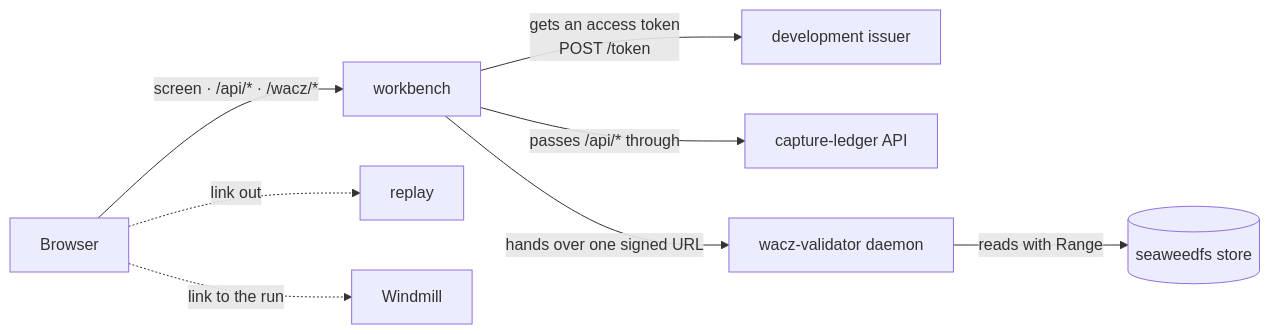
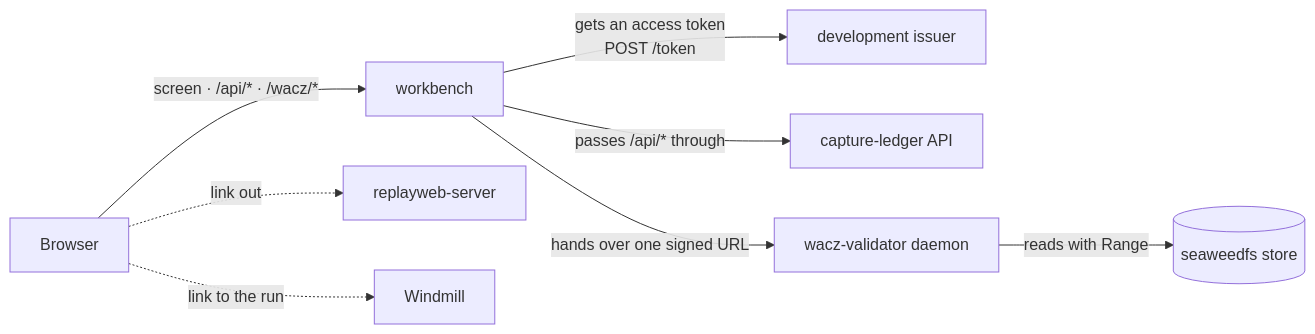
The diagram in docs-site/src/content/docs/index.md (uraitakahito/capture-workbench), drawn with Mermaid before and after one commit. The commit also changed other lines of this file and 18 other files, not shown here.

First line of the commit message:
feat!: replay の名前を replayweb-server に替える (#82)

````diff
--- a/docs-site/src/content/docs/index.md
+++ b/docs-site/src/content/docs/index.md
@@ -28,10 +28,10 @@
 ```mermaid
 flowchart LR
   B["Browser"] -->|"screen · /api/* · /wacz/*"| D["workbench"]
   D -->|"gets an access token<br/>POST /token"| I["development issuer"]
   D -->|"passes /api/* through"| L["capture-ledger API"]
   D -->|"hands over one signed URL"| V["wacz-validator daemon"]
   V -->|"reads with Range"| S[("seaweedfs store")]
-  B -.->|"link out"| R["replay"]
+  B -.->|"link out"| R["replayweb-server"]
   B -.->|"link to the run"| W["Windmill"]
 ```
````
